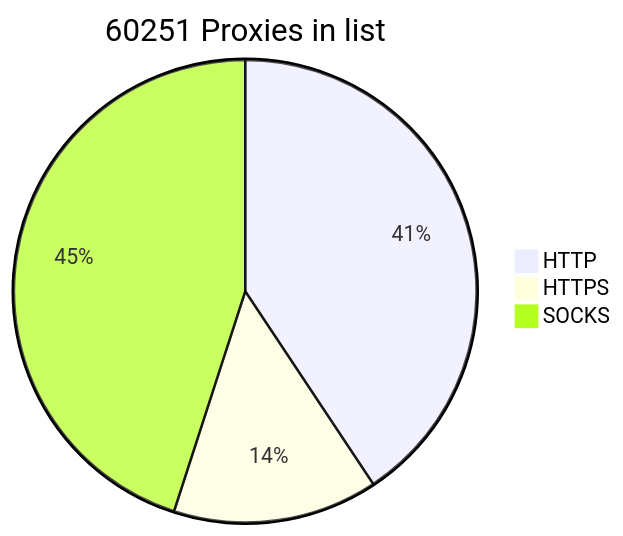
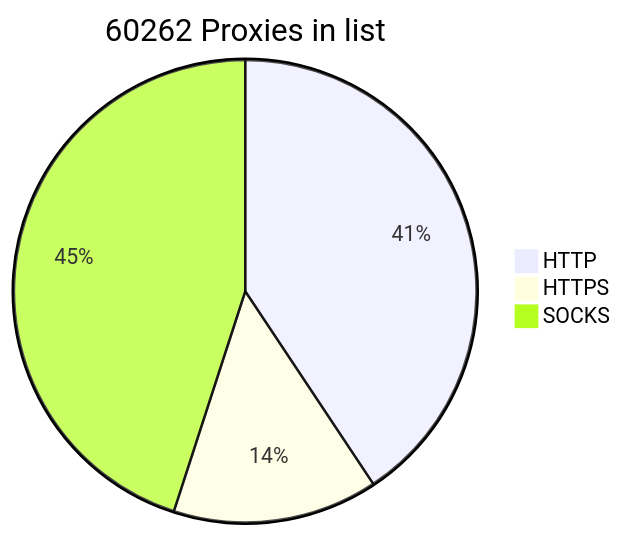
The diagram in README.md (BlackSnowDot/proxylist-update-every-minute), drawn with Mermaid before and after one commit.

````diff
--- a/README.md
+++ b/README.md
@@ -2,6 +2,6 @@
 ```mermaid
-pie title 60251 Proxies in list
-    "HTTP" : 27711
-    "HTTPS": 9749
+pie title 60262 Proxies in list
+    "HTTP" : 27713
+    "HTTPS": 9762
     "SOCKS" : 30670
 ```
````
